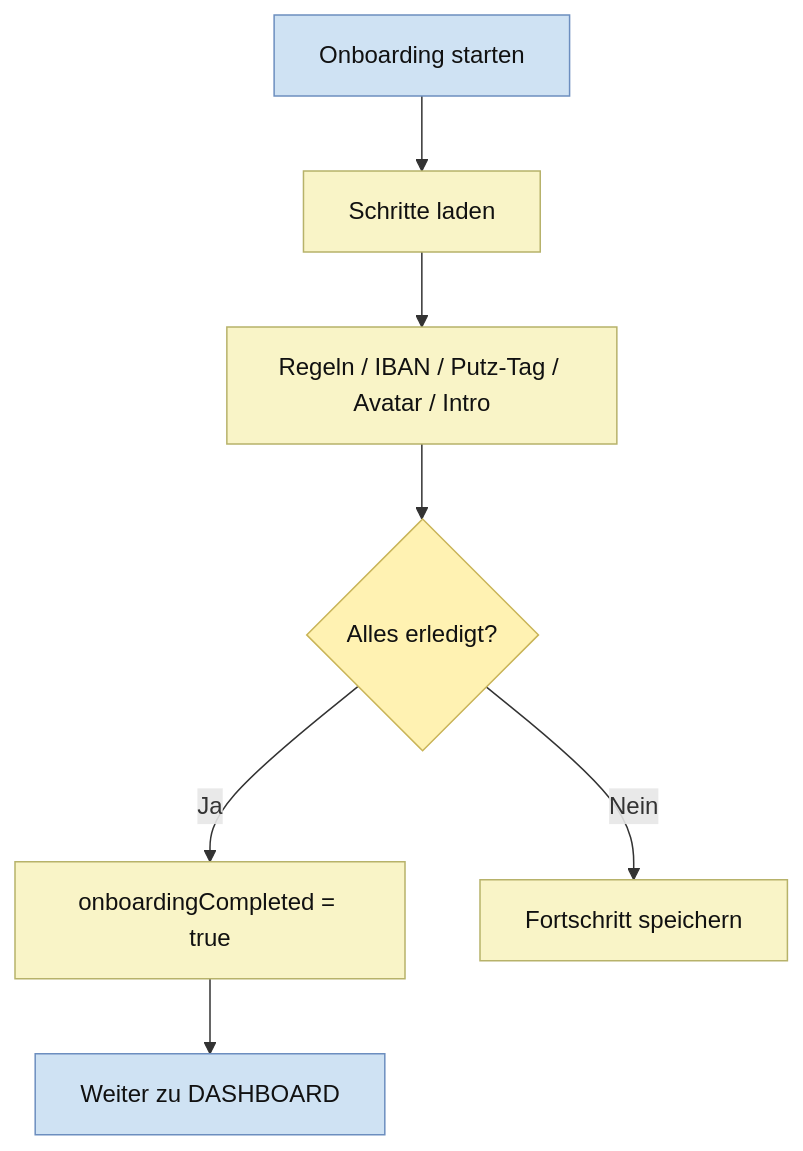
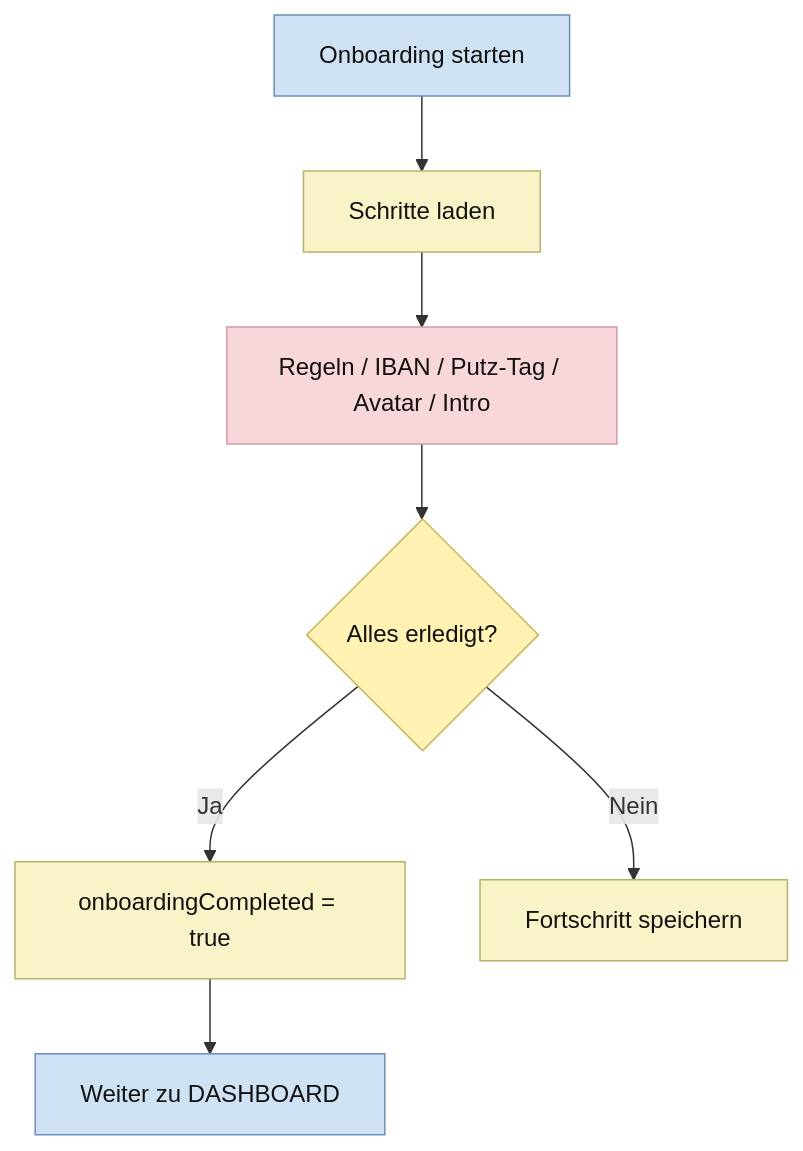
One commit to Nejy190501/WGManager changed diagram 44 of 45 in ABLAUFDIAGRAMM.md. Above: the diagram before and after it, drawn with Mermaid. The commit also changed other lines of this file, not shown here.

````diff
--- a/ABLAUFDIAGRAMM.md
+++ b/ABLAUFDIAGRAMM.md
@@ -869,21 +1438,22 @@
 ```mermaid
 flowchart TD
     A["Onboarding starten"] --> B["Schritte laden"]
     B --> C["Regeln / IBAN / Putz-Tag / Avatar / Intro"]
     C --> D{"Alles erledigt?"}
     D -->|Ja| E["onboardingCompleted = true"]
     E --> F["Weiter zu DASHBOARD"]
     D -->|Nein| G["Fortschritt speichern"]
 
     classDef userAction fill:#ead1f2,stroke:#8e7cc3,color:#111;
     classDef systemAction fill:#f9f4c7,stroke:#b7b26a,color:#111;
     classDef userDecision fill:#f4cccc,stroke:#cc7a7a,color:#111;
     classDef systemDecision fill:#fff2b2,stroke:#c9b458,color:#111;
     classDef button fill:#f4a6a6,stroke:#c97b7b,color:#111;
     classDef userInput fill:#f8d7da,stroke:#d49aa2,color:#111;
     classDef screen fill:#cfe2f3,stroke:#6c8ebf,color:#111;
 
-    class B,C,E,G systemAction;
+    class B,E,G systemAction;
+    class C userInput;
     class D systemDecision;
     class A,F screen;
 ```
````
